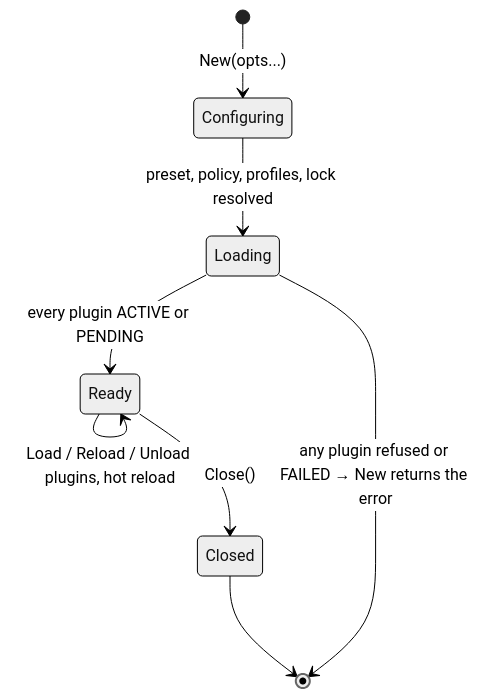
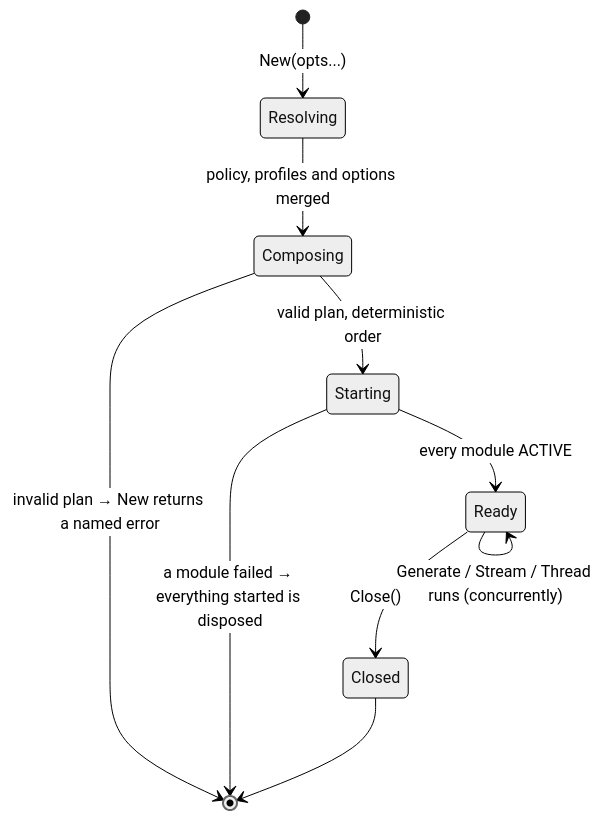
The first of 4 diagrams in README.md (ganeshdipdumbare/eipagent), drawn with Mermaid (neutral theme) before and after one commit. The commit also changed other lines of this file and 313 other files, not shown here.

````diff
--- a/README.md
+++ b/README.md
@@ -385,11 +414,12 @@
 ```mermaid
 stateDiagram-v2
-    [*] --> Configuring: New(opts...)
-    Configuring --> Loading: preset, policy, profiles, lock resolved
-    Loading --> Ready: every plugin ACTIVE or PENDING
-    Loading --> [*]: any plugin refused or FAILED → New returns the error
+    [*] --> Resolving: New(opts...)
+    Resolving --> Composing: policy, profiles and options merged
+    Composing --> [*]: invalid plan → New returns a named error
+    Composing --> Starting: valid plan, deterministic order
+    Starting --> [*]: a module failed → everything started is disposed
+    Starting --> Ready: every module ACTIVE
     Ready --> Ready: Generate / Stream / Thread runs (concurrently)
-    Ready --> Ready: Load / Reload / Unload plugins, hot reload
     Ready --> Closed: Close()
     Closed --> [*]
 ```
````
